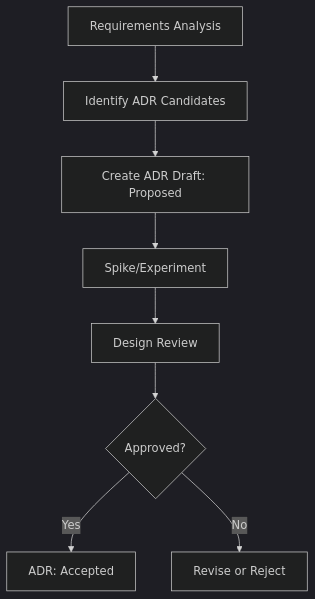
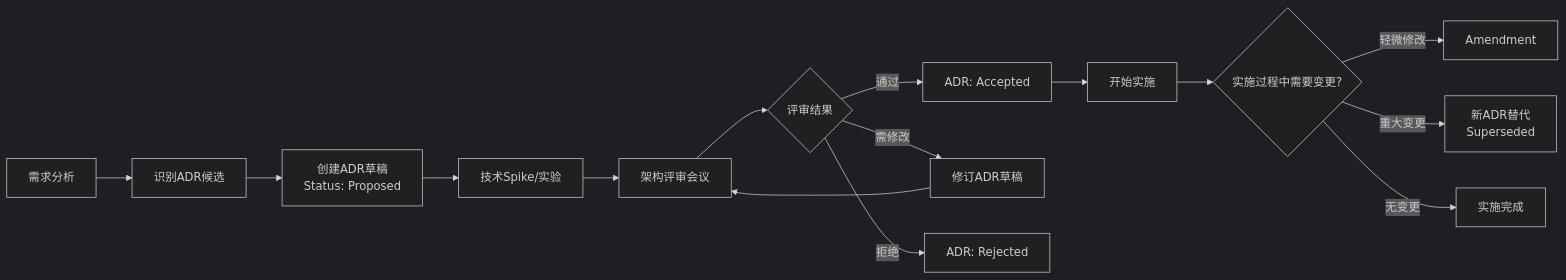
One commit to zhiyue/infinite-scribe changed the second of 2 diagrams in .tasks/unified-backend-launcher/adr/README.md. Above: the diagram before and after it, drawn with Mermaid (dark theme). The commit also changed other lines of this file and 8 other files, not shown here.

First line of the commit message:
feat(unified-backend-launcher): expand requirements and architecture decision records for unified backend service

````diff
--- a/.tasks/unified-backend-launcher/adr/README.md
+++ b/.tasks/unified-backend-launcher/adr/README.md
@@ -20,10 +74,17 @@
 ```mermaid
-graph TD
-    A[Requirements Analysis] --> B[Identify ADR Candidates]
-    B --> C[Create ADR Draft: Proposed]
-    C --> D[Spike/Experiment]
-    D --> E[Design Review]
-    E --> F{Approved?}
-    F -->|Yes| G[ADR: Accepted]
-    F -->|No| H[Revise or Reject]
+flowchart LR
+    A[需求分析] --> B[识别ADR候选]
+    B --> C[创建ADR草稿<br/>Status: Proposed]
+    C --> D[技术Spike/实验]
+    D --> E[架构评审会议]
+    E --> F{评审结果}
+    F -->|通过| G[ADR: Accepted]
+    F -->|需修改| H[修订ADR草稿]
+    F -->|拒绝| I[ADR: Rejected]
+    H --> E
+    G --> J[开始实施]
+    J --> K{实施过程中需要变更?}
+    K -->|轻微修改| L[Amendment]
+    K -->|重大变更| M[新ADR替代<br/>Superseded]
+    K -->|无变更| N[实施完成]
 ```
````
